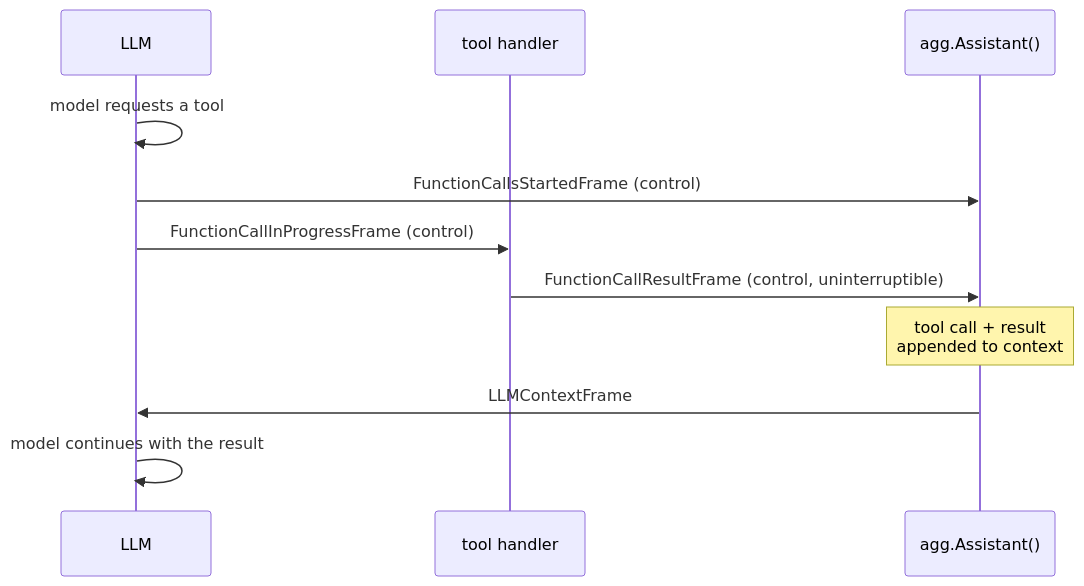
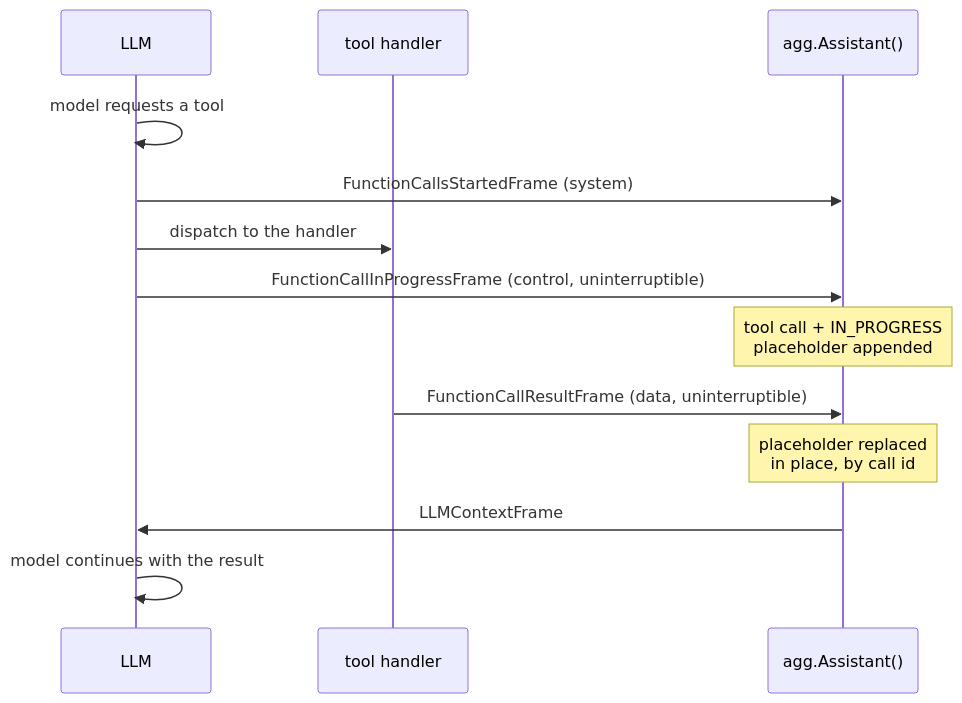
The third of 3 diagrams in docs/concepts/llm-context.md (gojargo/jargo), drawn with Mermaid before and after one commit. The commit also changed other lines of this file and 5 other files, not shown here.

First line of the commit message:
docs,flows,mcp: move the call sites onto the result-callback contract

````diff
--- a/docs/concepts/llm-context.md
+++ b/docs/concepts/llm-context.md
@@ -149,14 +149,16 @@
 ```mermaid
 sequenceDiagram
     participant L as LLM
     participant H as tool handler
     participant A as agg.Assistant()
 
     L->>L: model requests a tool
-    L->>A: FunctionCallsStartedFrame (control)
-    L->>H: FunctionCallInProgressFrame (control)
-    H->>A: FunctionCallResultFrame (control, uninterruptible)
-    Note over A: tool call + result<br/>appended to context
+    L->>A: FunctionCallsStartedFrame (system)
+    L->>H: dispatch to the handler
+    L->>A: FunctionCallInProgressFrame (control, uninterruptible)
+    Note over A: tool call + IN_PROGRESS<br/>placeholder appended
+    H->>A: FunctionCallResultFrame (data, uninterruptible)
+    Note over A: placeholder replaced<br/>in place, by call id
     A->>L: LLMContextFrame
     L->>L: model continues with the result
 ```
````
